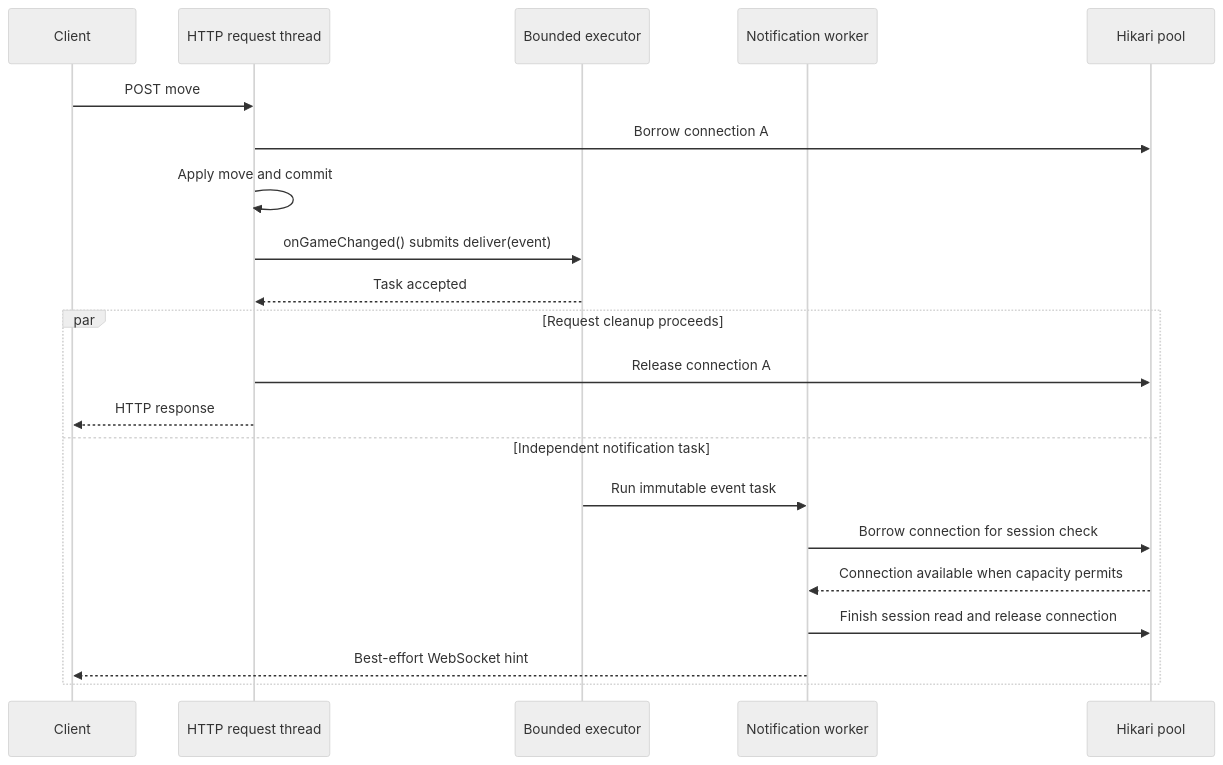
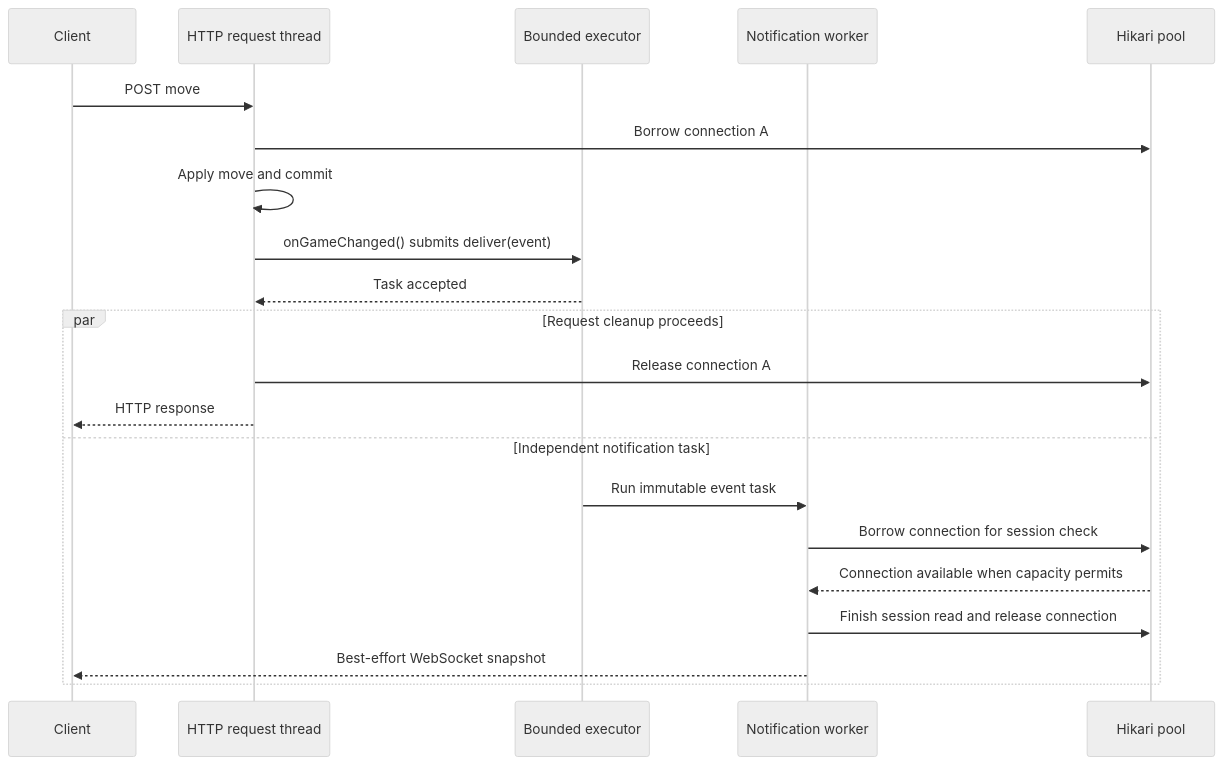
The diagram in docs/performance-investigations/001-websocket-notification-pool-starvation/02-resolution.md (parisana/chess-web-app), drawn with Mermaid (neutral theme) before and after one commit. The commit also changed other lines of this file and 5 other files, not shown here.

````diff
--- a/docs/performance-investigations/001-websocket-notification-pool-starvation/02-resolution.md
+++ b/docs/performance-investigations/001-websocket-notification-pool-starvation/02-resolution.md
@@ -41,23 +41,23 @@
 ```mermaid
 sequenceDiagram
     participant C as Client
     participant H as HTTP request thread
     participant E as Bounded executor
     participant W as Notification worker
     participant P as Hikari pool
     C->>H: POST move
     H->>P: Borrow connection A
     H->>H: Apply move and commit
     H->>E: onGameChanged() submits deliver(event)
     E-->>H: Task accepted
     par Request cleanup proceeds
         H->>P: Release connection A
         H-->>C: HTTP response
     and Independent notification task
         E->>W: Run immutable event task
         W->>P: Borrow connection for session check
         P-->>W: Connection available when capacity permits
         W->>P: Finish session read and release connection
-        W-->>C: Best-effort WebSocket hint
+        W-->>C: Best-effort WebSocket snapshot
     end
 ```
````
